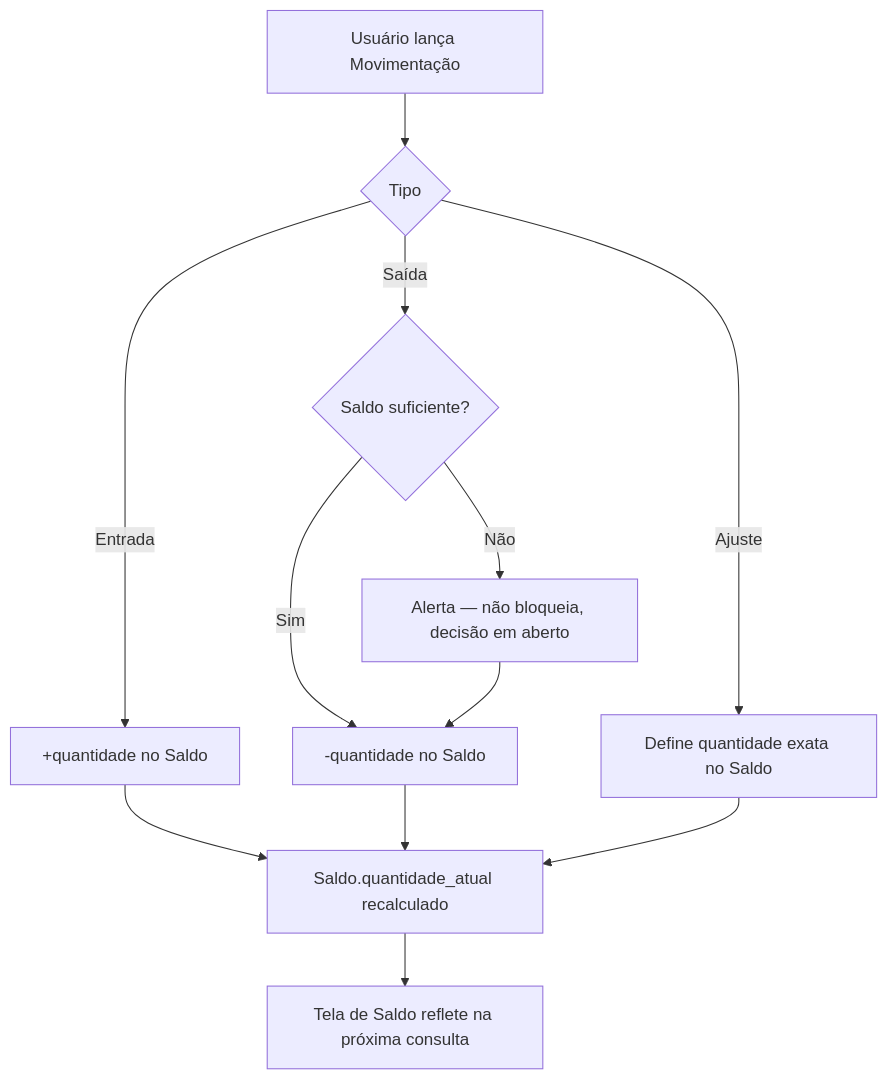
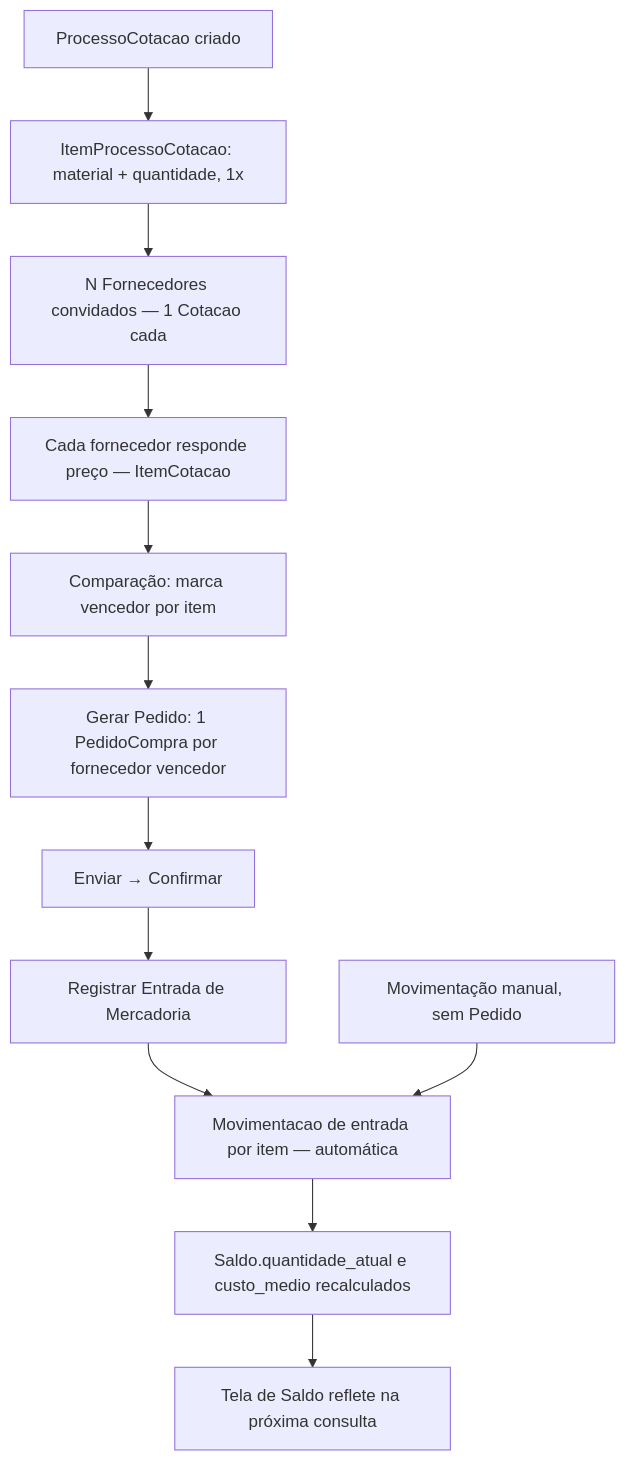
One commit to ChristopherNicolasSMM/Tesseract changed the diagram in addons/addon_estoque/docs/technical/05-casos-de-uso.md. Above: the diagram before and after it, drawn with Mermaid. The commit also changed other lines of this file and 9 other files, not shown here.

````diff
--- a/addons/addon_estoque/docs/technical/05-casos-de-uso.md
+++ b/addons/addon_estoque/docs/technical/05-casos-de-uso.md
@@ -44,14 +116,15 @@
 ```mermaid
 flowchart TD
-    A[Usuário lança Movimentação] --> B{Tipo}
-    B -- Entrada --> C[+quantidade no Saldo]
-    B -- Saída --> D{Saldo suficiente?}
-    D -- Sim --> E[-quantidade no Saldo]
-    D -- Não --> F[Alerta — não bloqueia, decisão em aberto]
-    B -- Ajuste --> G[Define quantidade exata no Saldo]
-    C --> H[Saldo.quantidade_atual recalculado]
-    E --> H
-    F --> E
-    G --> H
-    H --> I[Tela de Saldo reflete na próxima consulta]
+    A[ProcessoCotacao criado] --> B[ItemProcessoCotacao: material + quantidade, 1x]
+    B --> C[N Fornecedores convidados — 1 Cotacao cada]
+    C --> D[Cada fornecedor responde preço — ItemCotacao]
+    D --> E[Comparação: marca vencedor por item]
+    E --> F[Gerar Pedido: 1 PedidoCompra por fornecedor vencedor]
+    F --> G[Enviar → Confirmar]
+    G --> H[Registrar Entrada de Mercadoria]
+    H --> I[Movimentacao de entrada por item — automática]
+    I --> J[Saldo.quantidade_atual e custo_medio recalculados]
+    J --> K[Tela de Saldo reflete na próxima consulta]
+
+    L[Movimentação manual, sem Pedido] --> I
 ```
````
